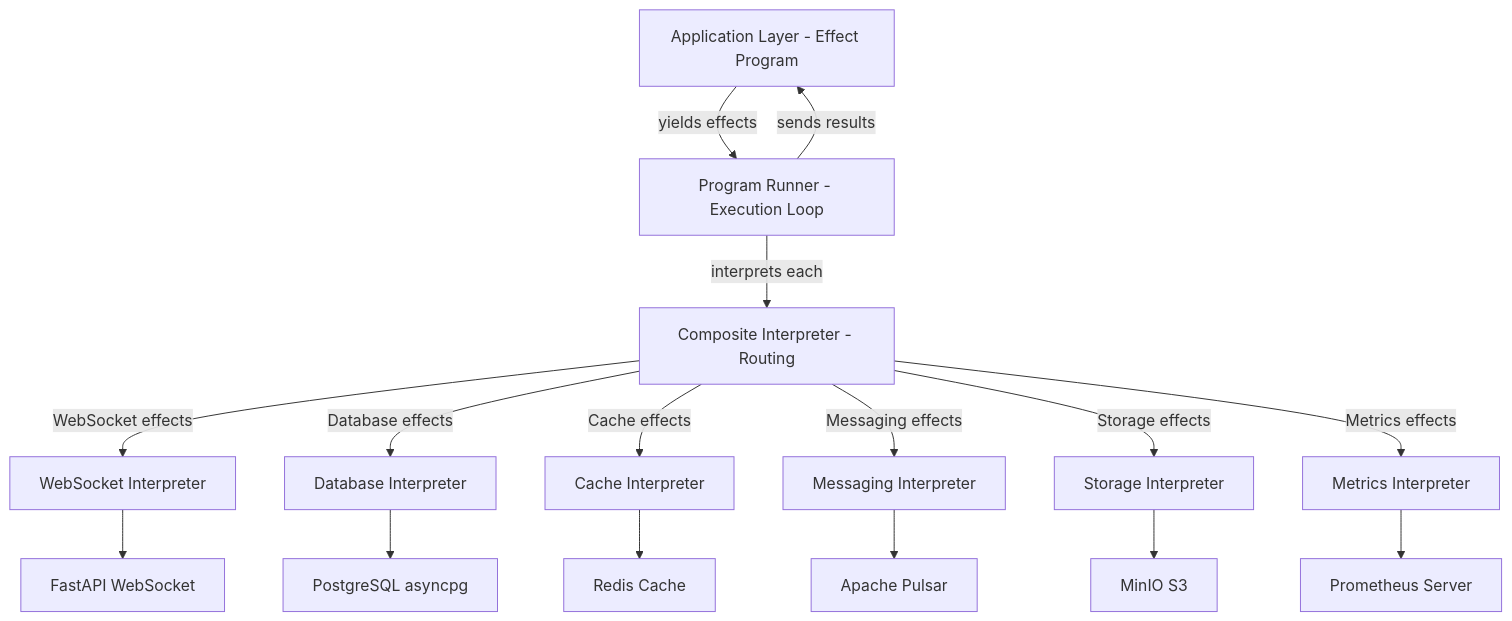
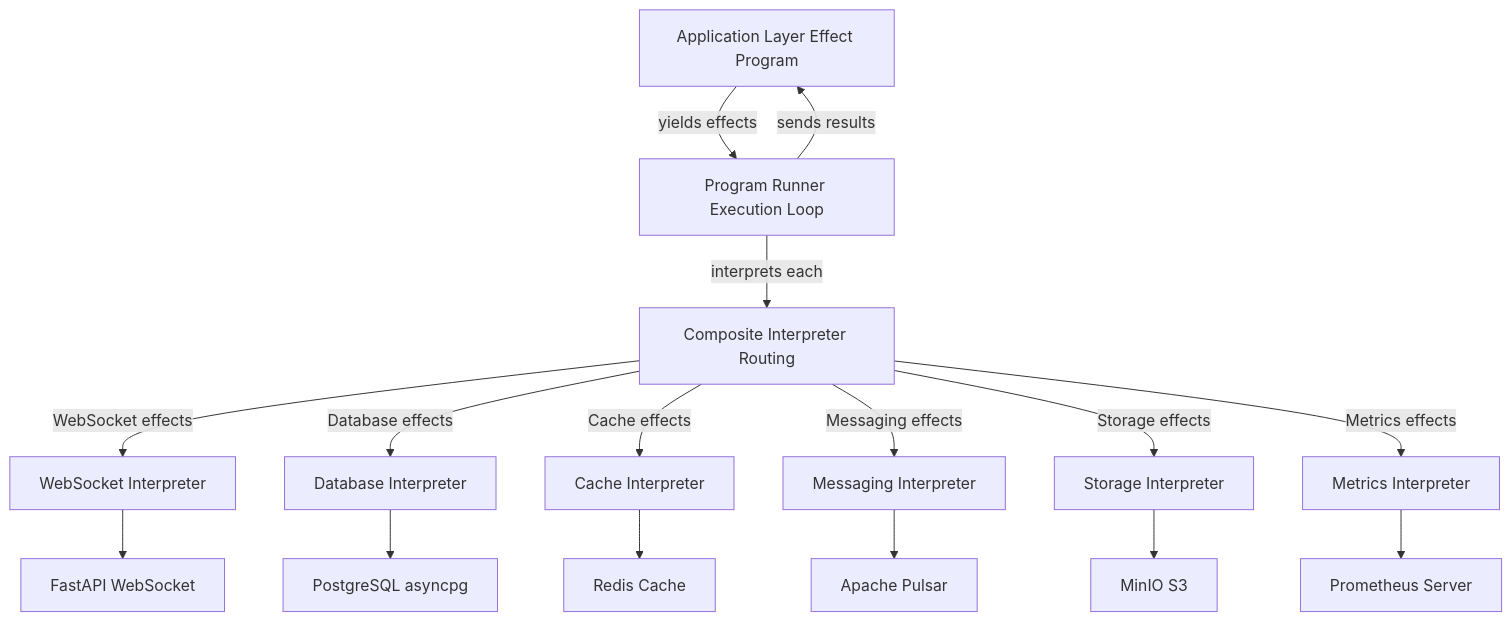
Before and after one commit to Tuee22/effectful: the third of 8 diagrams in documents/engineering/architecture.md, drawn with Mermaid. The commit also changed other lines of this file and 193 other files, not shown here.

````diff
--- a/documents/engineering/architecture.md
+++ b/documents/engineering/architecture.md
@@ -86,34 +90,34 @@
 ```mermaid
 flowchart TB
-    Program[Application Layer - Effect Program]
-    Runner[Program Runner - Execution Loop]
-    Composite[Composite Interpreter - Routing]
+    Program[Application Layer Effect Program]
+    Runner[Program Runner Execution Loop]
+    Composite[Composite Interpreter Routing]
     WSInterp[WebSocket Interpreter]
     DBInterp[Database Interpreter]
     CacheInterp[Cache Interpreter]
     MsgInterp[Messaging Interpreter]
     StorageInterp[Storage Interpreter]
     MetricsInterp[Metrics Interpreter]
     WS[FastAPI WebSocket]
     DB[PostgreSQL asyncpg]
     Redis[Redis Cache]
     Pulsar[Apache Pulsar]
     S3[MinIO S3]
     Prometheus[Prometheus Server]
 
     Program -->|yields effects| Runner
     Runner -->|interprets each| Composite
     Composite -->|WebSocket effects| WSInterp
     Composite -->|Database effects| DBInterp
     Composite -->|Cache effects| CacheInterp
     Composite -->|Messaging effects| MsgInterp
     Composite -->|Storage effects| StorageInterp
     Composite -->|Metrics effects| MetricsInterp
     WSInterp --> WS
     DBInterp --> DB
     CacheInterp --> Redis
     MsgInterp --> Pulsar
     StorageInterp --> S3
     MetricsInterp --> Prometheus
     Runner -->|sends results| Program
 ```
````
